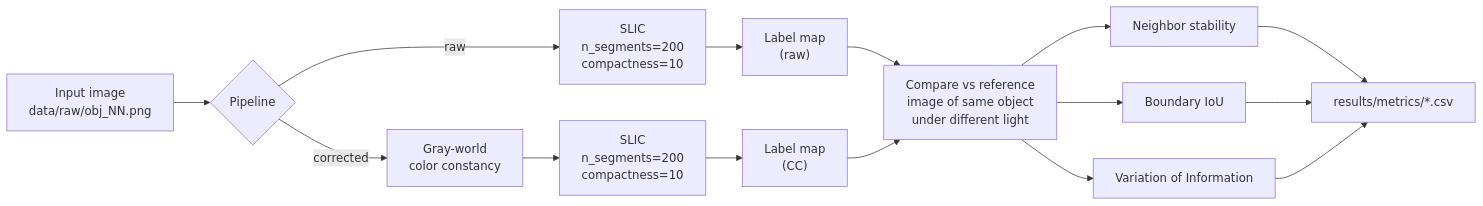
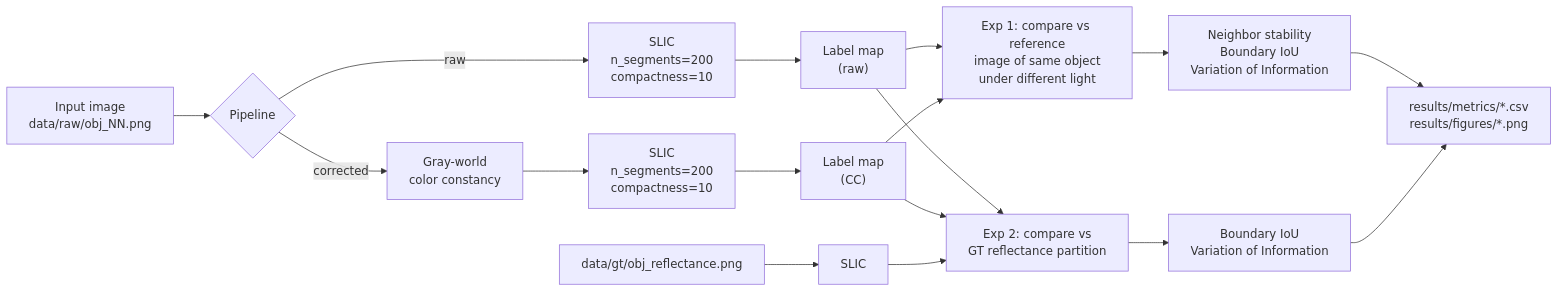
The diagram in README.md (Salman-Awaise/illumination-invariant-superpixels), drawn with Mermaid before and after one commit. The commit also changed other lines of this file and 2 other files, not shown here.

First line of the commit message:
Restore the reflectance baseline experiment

````diff
--- a/README.md
+++ b/README.md
@@ -48,22 +48,24 @@
 ```mermaid
 flowchart LR
     A["Input image<br/>data/raw/obj_NN.png"] --> B{Pipeline}
 
     B -->|raw| C["SLIC<br/>n_segments=200<br/>compactness=10"]
     B -->|corrected| D["Gray-world<br/>color constancy"]
     D --> E["SLIC<br/>n_segments=200<br/>compactness=10"]
 
     C --> F["Label map<br/>(raw)"]
     E --> G["Label map<br/>(CC)"]
 
-    F --> H["Compare vs reference<br/>image of same object<br/>under different light"]
+    F --> H["Exp 1: compare vs reference<br/>image of same object<br/>under different light"]
     G --> H
+    F --> M["Exp 2: compare vs<br/>GT reflectance partition"]
+    G --> M
 
-    H --> I["Neighbor stability"]
-    H --> J["Boundary IoU"]
-    H --> K["Variation of Information"]
+    R["data/gt/obj_reflectance.png"] --> S["SLIC"] --> M
 
-    I --> L["results/metrics/*.csv"]
+    H --> I["Neighbor stability<br/>Boundary IoU<br/>Variation of Information"]
+    M --> J["Boundary IoU<br/>Variation of Information"]
+
+    I --> L["results/metrics/*.csv<br/>results/figures/*.png"]
     J --> L
-    K --> L
 ```
````
